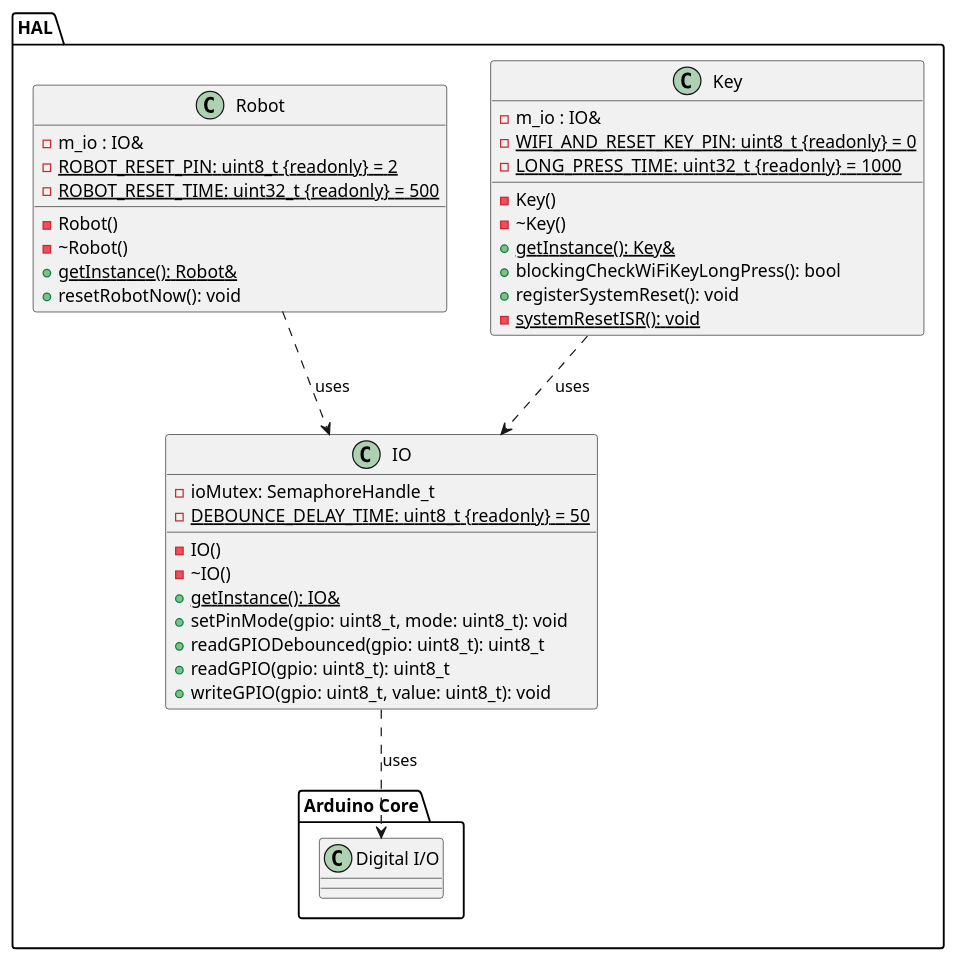
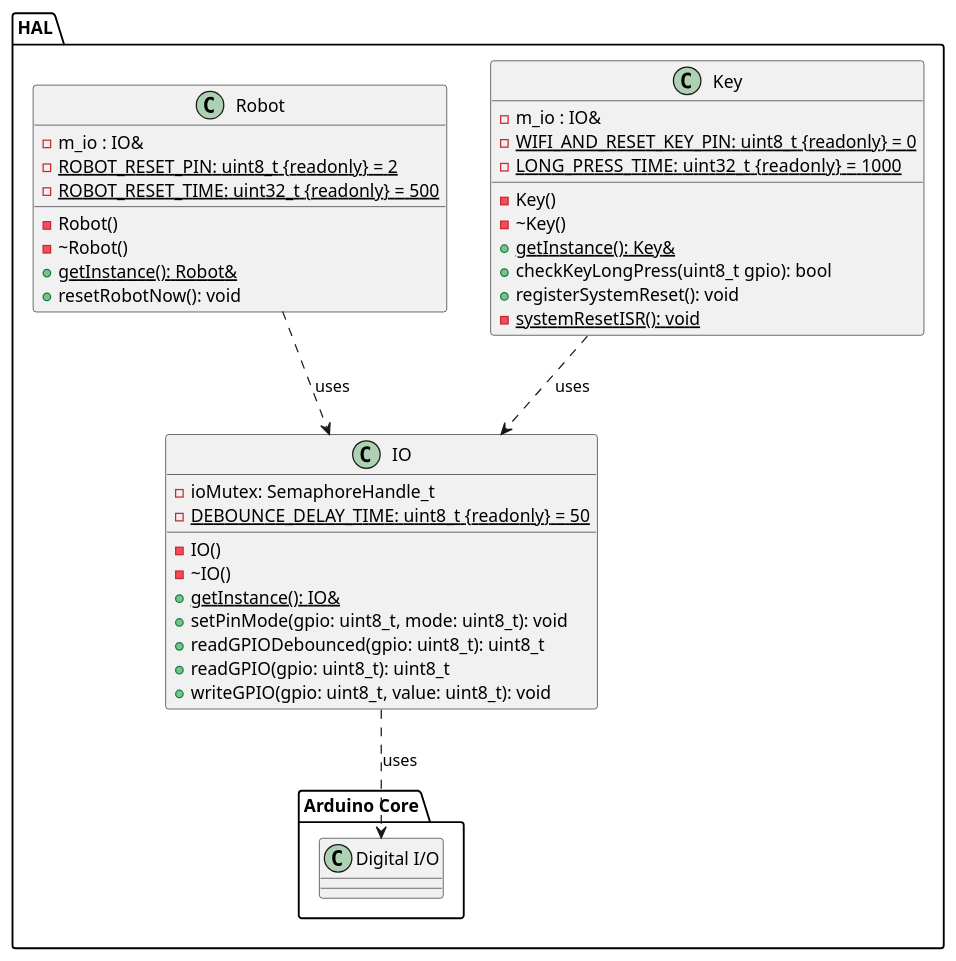
The diagram in doc/design/server/ClassDiagrams/01_HAL.plantuml (NewTec-GmbH/ZumoComSystem), drawn with PlantUML before and after one commit. The commit also changed 23 other files, not shown here.

```diff
--- a/doc/design/server/ClassDiagrams/01_HAL.plantuml
+++ b/doc/design/server/ClassDiagrams/01_HAL.plantuml
@@ -1,49 +1,49 @@
 @startuml
 package HAL
 {
     package "Arduino Core"
     {
         class "Digital I/O" as ArduinoIO
     }
 
     class IO
     {
         - ioMutex: SemaphoreHandle_t
         {static} - DEBOUNCE_DELAY_TIME: uint8_t {readonly} = 50
         - IO()
         - ~IO()
         + {static} getInstance(): IO&
         + setPinMode(gpio: uint8_t, mode: uint8_t): void
         + readGPIODebounced(gpio: uint8_t): uint8_t
         + readGPIO(gpio: uint8_t): uint8_t
         + writeGPIO(gpio: uint8_t, value: uint8_t): void
     }
     IO  ..> ArduinoIO : uses
 
     class Key
     {
         - m_io : IO&
         {static} - WIFI_AND_RESET_KEY_PIN: uint8_t {readonly} = 0
         {static} - LONG_PRESS_TIME: uint32_t {readonly}  = 1000
         - Key()
         - ~Key()
         {static} + getInstance(): Key&
-        + blockingCheckWiFiKeyLongPress(): bool
+        + checkKeyLongPress(uint8_t gpio): bool
         + registerSystemReset(): void
         - {static} systemResetISR(): void
     }
     Key ..> IO : uses
 
     class Robot
     {
         - m_io : IO&
         {static} - ROBOT_RESET_PIN: uint8_t {readonly} = 2
         {static} - ROBOT_RESET_TIME: uint32_t {readonly} = 500
         - Robot()
         - ~Robot()
         {static} + getInstance(): Robot&
         + resetRobotNow(): void
     }
     Robot ..> IO : uses
 }
 @enduml
```
